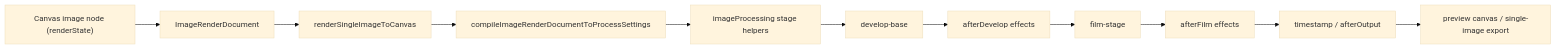
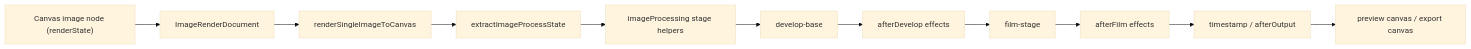
The first of 2 diagrams in docs/tasks/single-image-render-kernel.md (YakiHugo/FilmLab), drawn with Mermaid (base theme) before and after one commit. The commit also changed other lines of this file and 3 other files, not shown here.

Commit message:
docs(renderer): close single-image task

````diff
--- a/docs/tasks/single-image-render-kernel.md
+++ b/docs/tasks/single-image-render-kernel.md
@@ -37,13 +32,13 @@
 ```mermaid
 flowchart LR
   A["Canvas image node (renderState)"] --> B["ImageRenderDocument"]
   B --> C["renderSingleImageToCanvas"]
-  C --> D["compileImageRenderDocumentToProcessSettings"]
+  C --> D["extractImageProcessState"]
   D --> E["imageProcessing stage helpers"]
   E --> F["develop-base"]
   F --> G["afterDevelop effects"]
   G --> H["film-stage"]
   H --> I["afterFilm effects"]
   I --> J["timestamp / afterOutput"]
-  J --> K["preview canvas / single-image export"]
+  J --> K["preview canvas / export canvas"]
 ```
````
